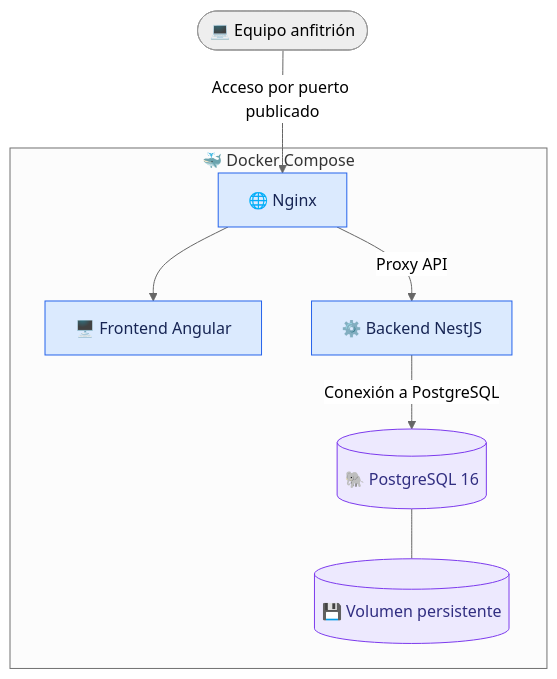
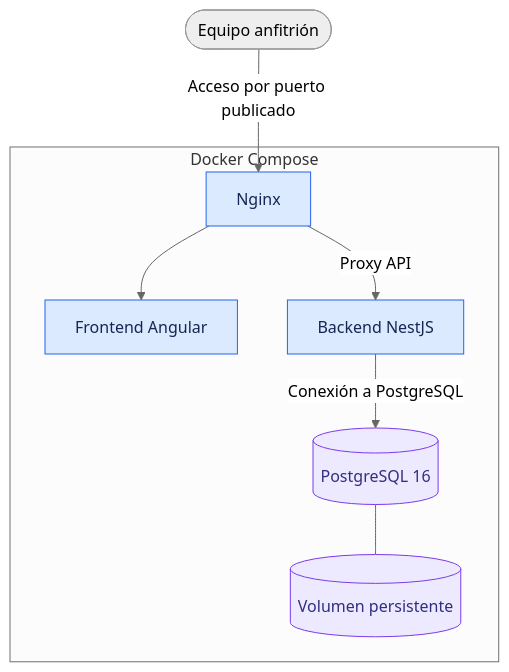
One commit to juan-e-aleman/pqrs-devops changed the second of 6 diagrams in README.md. Above: the diagram before and after it, drawn with Mermaid (neutral theme). The commit also changed other lines of this file, not shown here.

````diff
--- a/README.md
+++ b/README.md
@@ -74,25 +74,25 @@
 ```mermaid
 flowchart TB
-    HOST(["💻 Equipo anfitrión"])
+    HOST([" Equipo anfitrión"])
 
-    subgraph DOCKER["🐳 Docker Compose"]
-        N["🌐 Nginx"]
-        F["🖥️ Frontend Angular"]
-        B["⚙️ Backend NestJS"]
-        DB[("🐘 PostgreSQL 16")]
-        VOL[("💾 Volumen persistente")]
+    subgraph DOCKER["Docker Compose"]
+        N[" Nginx"]
+        F[" Frontend Angular"]
+        B[" Backend NestJS"]
+        DB[(" PostgreSQL 16")]
+        VOL[(" Volumen persistente")]
 
         N --> F
         N -->|"Proxy API"| B
         B -->|"Conexión a PostgreSQL"| DB
         DB --- VOL
     end
 
     HOST -->|"Acceso por puerto publicado"| N
 
     classDef service fill:#dbeafe,stroke:#2563eb,color:#172554
     classDef database fill:#ede9fe,stroke:#7c3aed,color:#312e81
 
     class N,F,B service
     class DB,VOL database
 ```
````
